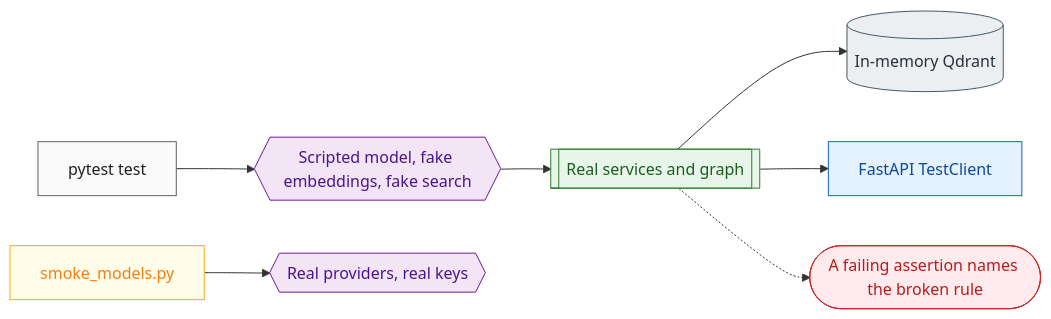
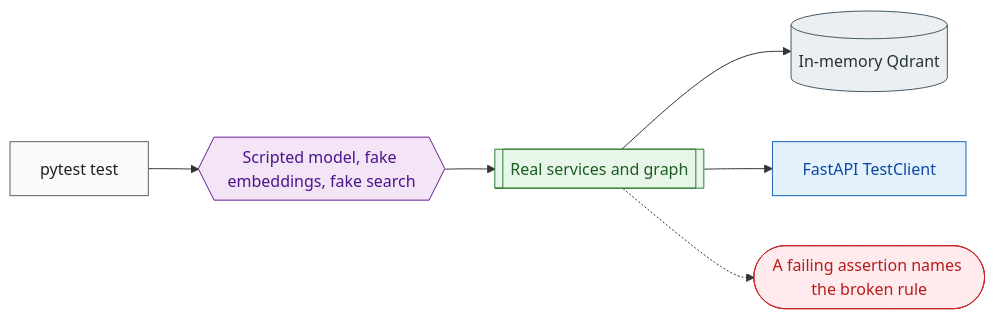
One commit to mohamedelsayed10/omnivox changed the diagram in docs/blocks/13-testing.md. Above: the diagram before and after it, drawn with Mermaid. The commit also changed other lines of this file and 40 other files, not shown here.

````diff
--- a/docs/blocks/13-testing.md
+++ b/docs/blocks/13-testing.md
@@ -9,18 +9,17 @@
 ```mermaid
 flowchart LR
     test[pytest test]:::io --> fake{{Scripted model, fake embeddings, fake search}}:::llm
     fake --> code[[Real services and graph]]:::svc
     code --> mem[(In-memory Qdrant)]:::mem
     code --> client[FastAPI TestClient]:::api
-    live[smoke_models.py]:::dec --> real{{Real providers, real keys}}:::llm
     code -.-> fail([A failing assertion names the broken rule]):::err
 
     classDef io fill:#FAFAFA,stroke:#616161,color:#212121
     classDef api fill:#E3F2FD,stroke:#1565C0,color:#0D47A1
     classDef svc fill:#E8F5E9,stroke:#2E7D32,color:#1B5E20
     classDef llm fill:#F3E5F5,stroke:#6A1B9A,color:#4A148C
     classDef tool fill:#FFF3E0,stroke:#EF6C00,color:#E65100
     classDef mem fill:#ECEFF1,stroke:#455A64,color:#263238
     classDef dec fill:#FFFDE7,stroke:#F9A825,color:#F57F17
     classDef err fill:#FFEBEE,stroke:#C62828,color:#B71C1C
 ```
````
